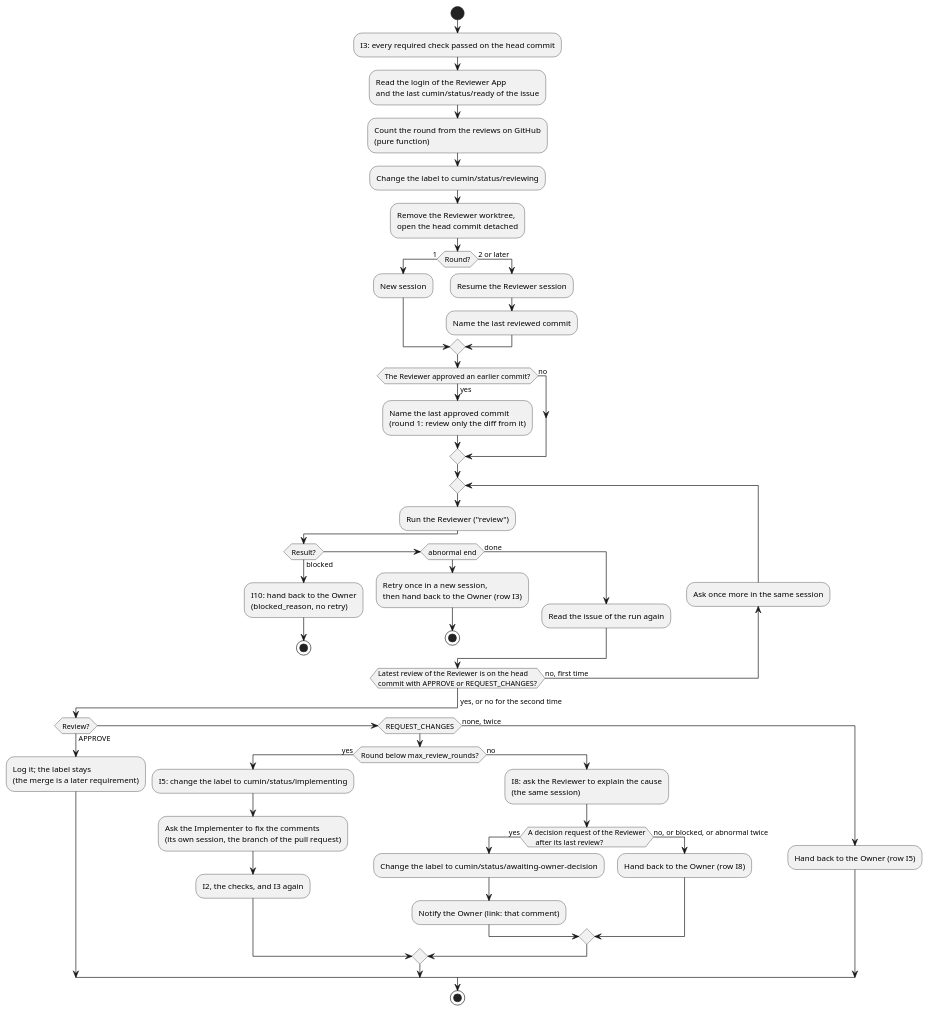
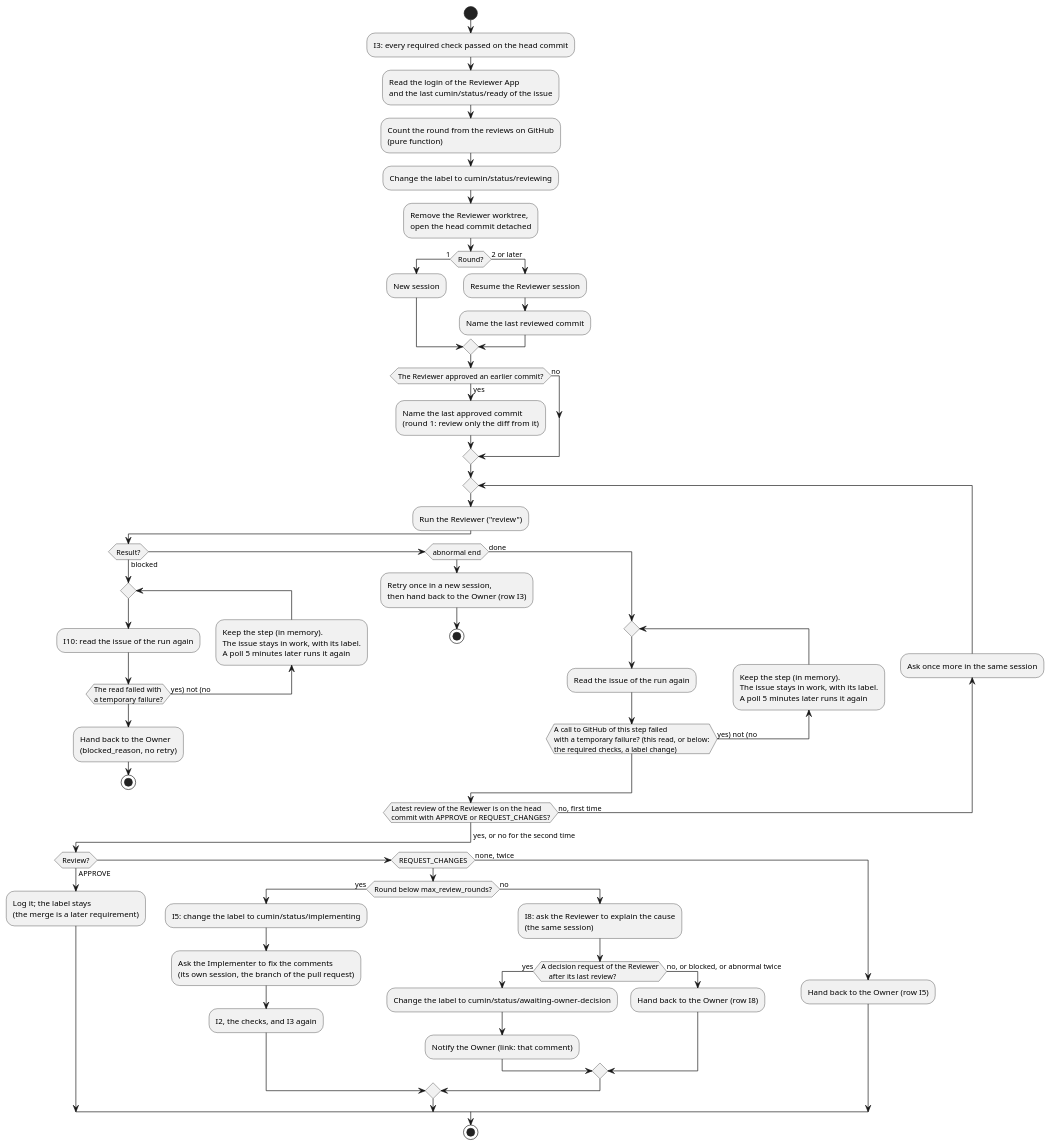
The diagram in docs/ja/designs/poll-review.puml (cloveclovedev/cumin-works), drawn with PlantUML before and after one commit. The commit also changed 10 other files, not shown here.

First line of the commit message:
feat(workflow): keep the step after a Reviewer run and run it again after a temporary failure (#472)

```diff
--- a/docs/ja/designs/poll-review.puml
+++ b/docs/ja/designs/poll-review.puml
@@ -1,69 +1,83 @@
 @startuml poll-review
-' cumin works - the Reviewer request (I3), the check of its review after the run, I5, I8, and I10.
+' cumin works - the Reviewer request (I3), the check of its review after the run, the kept step after a temporary failure, I5, I8, and I10.
 ' Document: poll.md, section on the Reviewer request.
 ' Render: run scripts/render-diagrams.sh at the root of the repository.
 skinparam shadowing false
 skinparam defaultFontName sans-serif
 
 start
 :I3: every required check passed on the head commit;
 :Read the login of the Reviewer App
 and the last cumin/status/ready of the issue;
 :Count the round from the reviews on GitHub
 (pure function);
 :Change the label to cumin/status/reviewing;
 :Remove the Reviewer worktree,
 open the head commit detached;
 if (Round?) then (1)
   :New session;
 else (2 or later)
   :Resume the Reviewer session;
   :Name the last reviewed commit;
 endif
 if (The Reviewer approved an earlier commit?) then (yes)
   :Name the last approved commit
   (round 1: review only the diff from it);
 else (no)
 endif
 repeat
   :Run the Reviewer ("review");
   if (Result?) then (blocked)
-    :I10: hand back to the Owner
+    repeat
+      :I10: read the issue of the run again;
+      backward :Keep the step (in memory).
+      The issue stays in work, with its label.
+      A poll 5 minutes later runs it again;
+    repeat while (The read failed with
+    a temporary failure?) is (yes) not (no)
+    :Hand back to the Owner
     (blocked_reason, no retry);
     stop
   elseif (abnormal end) then
     :Retry once in a new session,
     then hand back to the Owner (row I3);
     stop
   else (done)
-    :Read the issue of the run again;
+    repeat
+      :Read the issue of the run again;
+      backward :Keep the step (in memory).
+      The issue stays in work, with its label.
+      A poll 5 minutes later runs it again;
+    repeat while (A call to GitHub of this step failed
+    with a temporary failure? (this read, or below:
+    the required checks, a label change)) is (yes) not (no)
   endif
   backward:Ask once more in the same session;
 repeat while (Latest review of the Reviewer is on the head
 commit with APPROVE or REQUEST_CHANGES?) is (no, first time)
 ->yes, or no for the second time;
 if (Review?) then (APPROVE)
   :Log it; the label stays
   (the merge is a later requirement);
 elseif (REQUEST_CHANGES) then
   if (Round below max_review_rounds?) then (yes)
     :I5: change the label to cumin/status/implementing;
     :Ask the Implementer to fix the comments
     (its own session, the branch of the pull request);
     :I2, the checks, and I3 again;
   else (no)
     :I8: ask the Reviewer to explain the cause
     (the same session);
     if (A decision request of the Reviewer
     after its last review?) then (yes)
       :Change the label to cumin/status/awaiting-owner-decision;
       :Notify the Owner (link: that comment);
     else (no, or blocked, or abnormal twice)
       :Hand back to the Owner (row I8);
     endif
   endif
 else (none, twice)
   :Hand back to the Owner (row I5);
 endif
 stop
 @enduml
```
